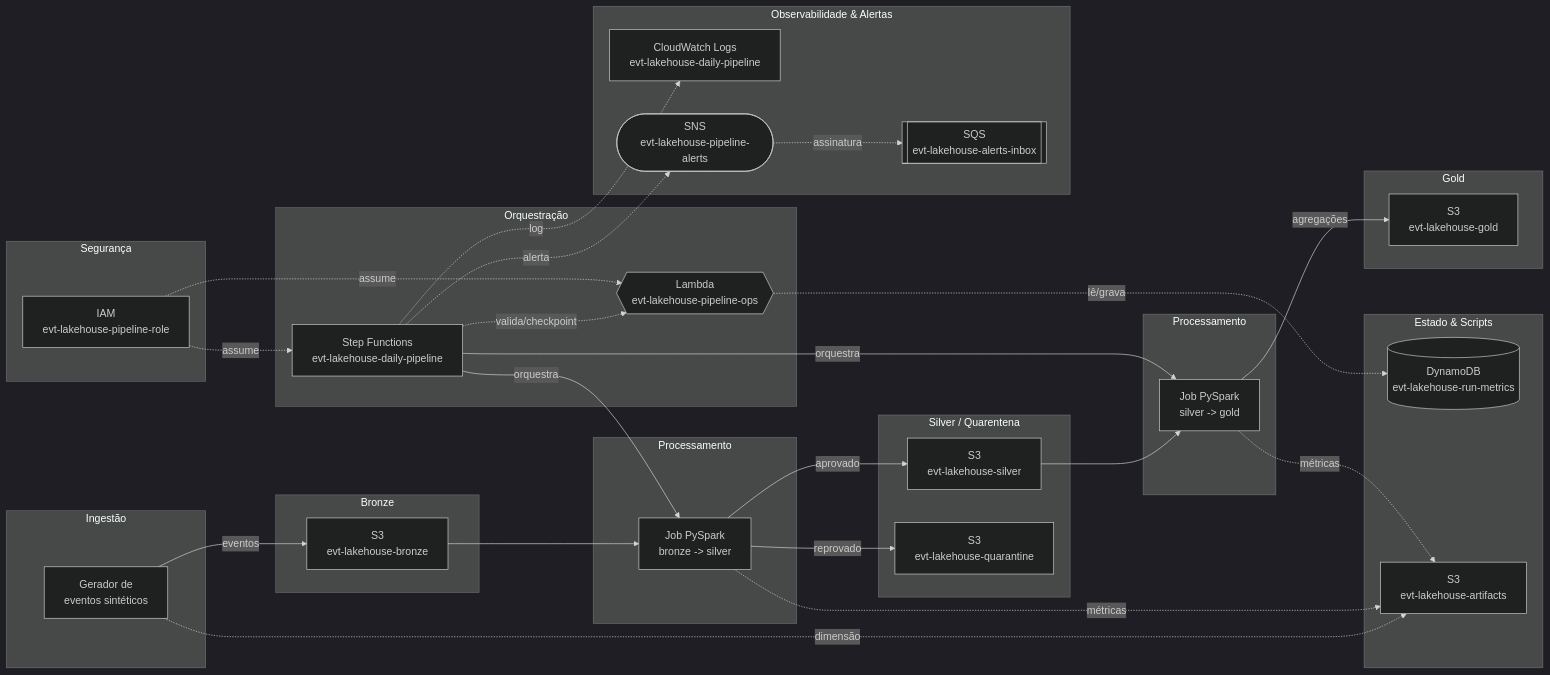
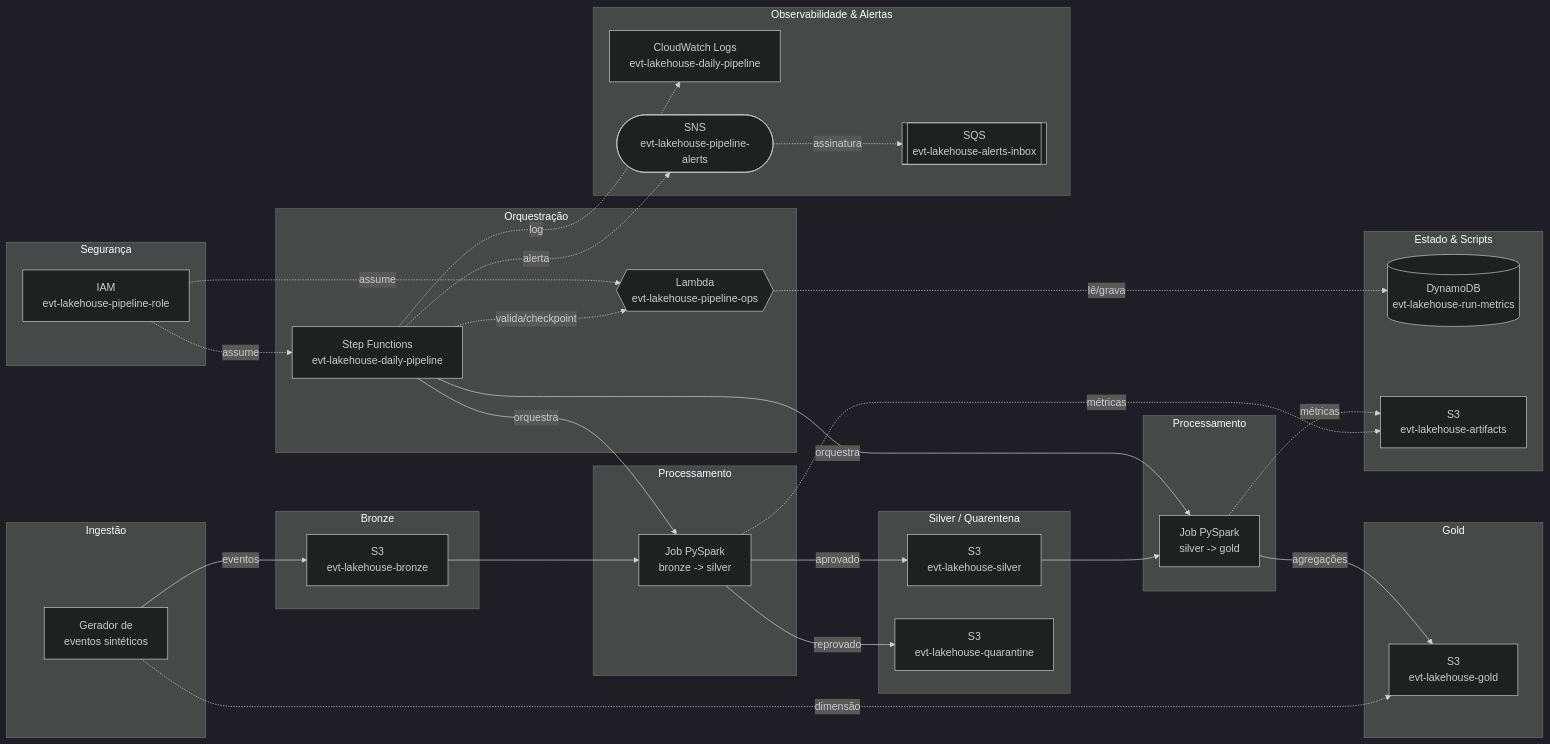
One commit to carlosr-data2/lakehouse-de-eventos-de-pagamento-com-contrato-de-dados changed the first of 8 diagrams in README.md. Above: the diagram before and after it, drawn with Mermaid (dark theme). The commit also changed other lines of this file, not shown here.

````diff
--- a/README.md
+++ b/README.md
@@ -35,68 +35,68 @@
 ```mermaid
 flowchart LR
     subgraph ingestao["Ingestão"]
         fonte["Gerador de<br/>eventos sintéticos"]
     end
 
     subgraph bronze_col["Bronze"]
         bronze["S3<br/>evt-lakehouse-bronze"]
     end
 
     subgraph proc1["Processamento"]
         job1["Job PySpark<br/>bronze -> silver"]
     end
 
     subgraph silver_col["Silver / Quarentena"]
         silver["S3<br/>evt-lakehouse-silver"]
         quarantine["S3<br/>evt-lakehouse-quarantine"]
     end
 
     subgraph proc2["Processamento"]
         job2["Job PySpark<br/>silver -> gold"]
     end
 
     subgraph gold_col["Gold"]
         gold["S3<br/>evt-lakehouse-gold"]
     end
 
     subgraph orquestracao["Orquestração"]
         sfn["Step Functions<br/>evt-lakehouse-daily-pipeline"]
         ops{{"Lambda<br/>evt-lakehouse-pipeline-ops"}}
     end
 
     subgraph estado["Estado & Scripts"]
         metrics[("DynamoDB<br/>evt-lakehouse-run-metrics")]
         artifacts["S3<br/>evt-lakehouse-artifacts"]
     end
 
     subgraph alertas["Observabilidade & Alertas"]
         logs["CloudWatch Logs<br/>evt-lakehouse-daily-pipeline"]
         sns(["SNS<br/>evt-lakehouse-pipeline-alerts"])
         sqs[["SQS<br/>evt-lakehouse-alerts-inbox"]]
     end
 
     subgraph seguranca["Segurança"]
         role["IAM<br/>evt-lakehouse-pipeline-role"]
     end
 
     fonte -->|eventos| bronze
-    fonte -.->|dimensão| artifacts
+    fonte -.->|dimensão| gold
     bronze --> job1
     job1 -->|aprovado| silver
     job1 -->|reprovado| quarantine
     job1 -.->|métricas| artifacts
     silver --> job2
     job2 -->|agregações| gold
     job2 -.->|métricas| artifacts
 
     sfn -->|orquestra| job1
     sfn -->|orquestra| job2
     sfn -.->|valida/checkpoint| ops
     ops -.->|lê/grava| metrics
     sfn -.->|log| logs
     sfn -.->|alerta| sns
     sns -.->|assinatura| sqs
 
     role -.->|assume| sfn
     role -.->|assume| ops
 ```
````
